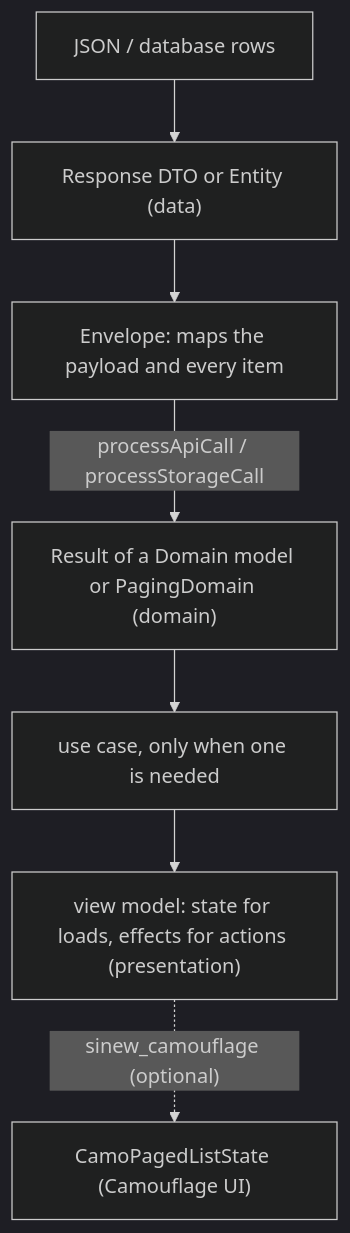
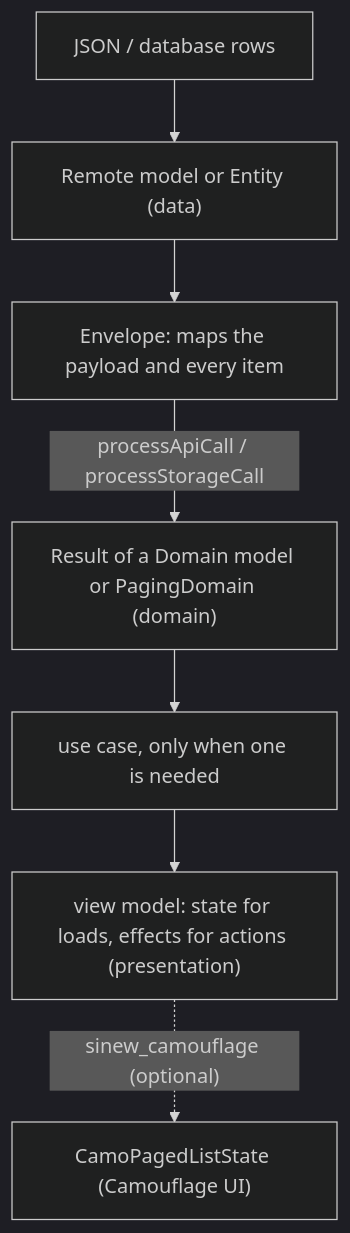
Before and after one commit to srctool/sinew: the diagram in docs/internal/development/guide/index.mdx, drawn with Mermaid (dark theme). The commit also changed other lines of this file and 11 other files, not shown here.

````diff
--- a/docs/internal/development/guide/index.mdx
+++ b/docs/internal/development/guide/index.mdx
@@ -25,9 +25,9 @@
 ```mermaid
 flowchart TB
-    JSON["JSON / database rows"] --> R["Response DTO or Entity (data)"]
+    JSON["JSON / database rows"] --> R["Remote model or Entity (data)"]
     R --> E["Envelope: maps the payload and every item"]
     E -- "processApiCall / processStorageCall" --> RES["Result of a Domain model or PagingDomain (domain)"]
     RES --> UC["use case, only when one is needed"]
     UC --> VS["view model: state for loads, effects for actions (presentation)"]
     VS -. "sinew_camouflage (optional)" .-> C["CamoPagedListState (Camouflage UI)"]
 ```
````
